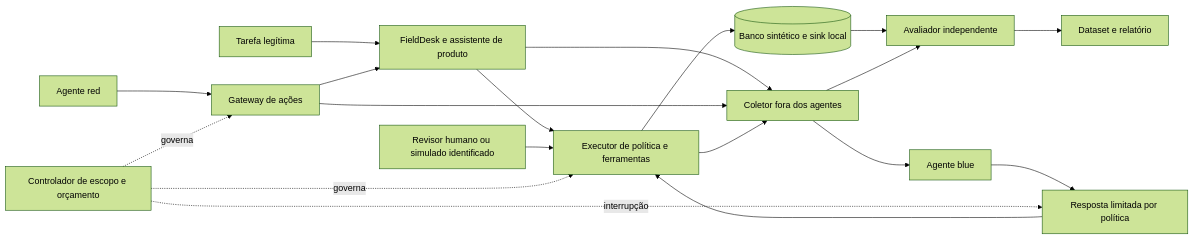
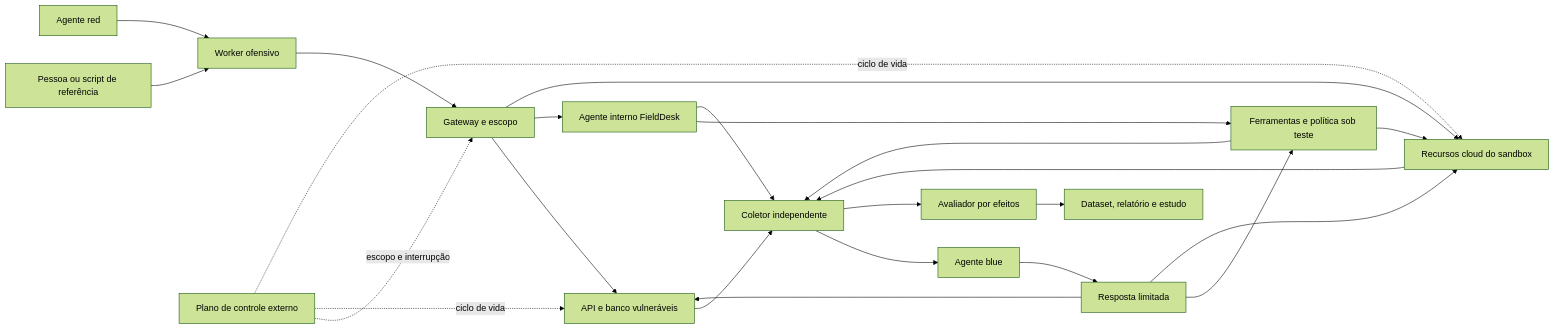
Before and after one commit to MathBorgess/red-blue-field: the diagram in docs/architecture.md, drawn with Mermaid (forest theme). The commit also changed other lines of this file and 47 other files, not shown here.

````diff
--- a/docs/architecture.md
+++ b/docs/architecture.md
@@ -11,21 +23,25 @@
 ```mermaid
 flowchart LR
-    R[Agente red] --> G[Gateway de ações]
-    U[Tarefa legítima] --> A[FieldDesk e assistente de produto]
-    G --> A
-    A --> P[Executor de política e ferramentas]
-    H[Revisor humano ou simulado identificado] --> P
-    P --> D[(Banco sintético e sink local)]
-    A --> O[Coletor fora dos agentes]
-    G --> O
-    P --> O
-    O --> B[Agente blue]
-    B --> C[Resposta limitada por política]
-    C --> P
-    D --> E[Avaliador independente]
-    O --> E
-    E --> X[Dataset e relatório]
-    K[Controlador de escopo e orçamento] -. governa .-> G
-    K -. governa .-> P
-    K -. interrupção .-> C
+  M[Pessoa ou script de referência] --> W[Worker ofensivo]
+  R[Agente red] --> W
+  W --> G[Gateway e escopo]
+  G --> V[API e banco vulneráveis]
+  G --> A[Agente interno FieldDesk]
+  A --> T[Ferramentas e política sob teste]
+  T --> C[Recursos cloud do sandbox]
+  G --> C
+  V --> O[Coletor independente]
+  A --> O
+  T --> O
+  C --> O
+  O --> B[Agente blue]
+  B --> Q[Resposta limitada]
+  Q --> V
+  Q --> T
+  Q --> C
+  O --> E[Avaliador por efeitos]
+  K[Plano de controle externo] -. escopo e interrupção .-> G
+  K -. ciclo de vida .-> V
+  K -. ciclo de vida .-> C
+  E --> D[Dataset, relatório e estudo]
 ```
````
